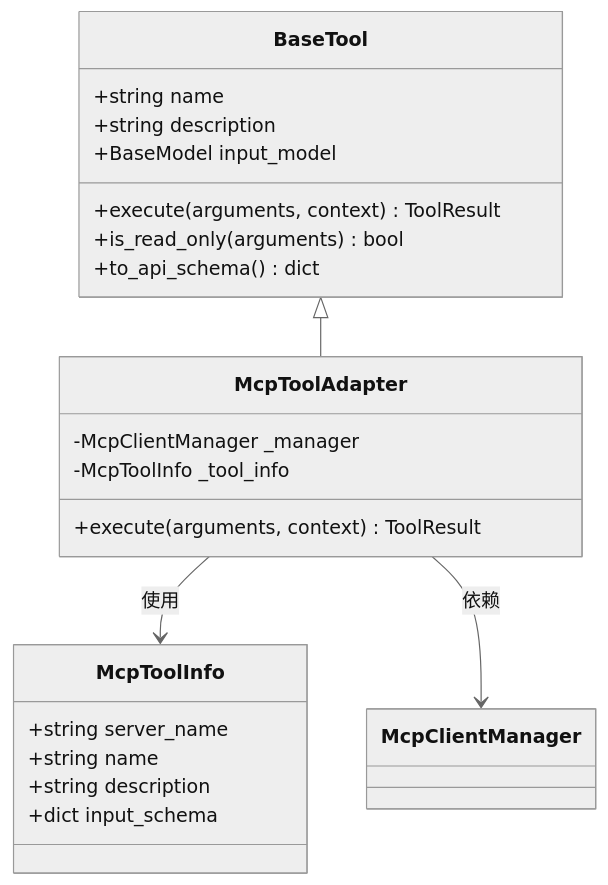
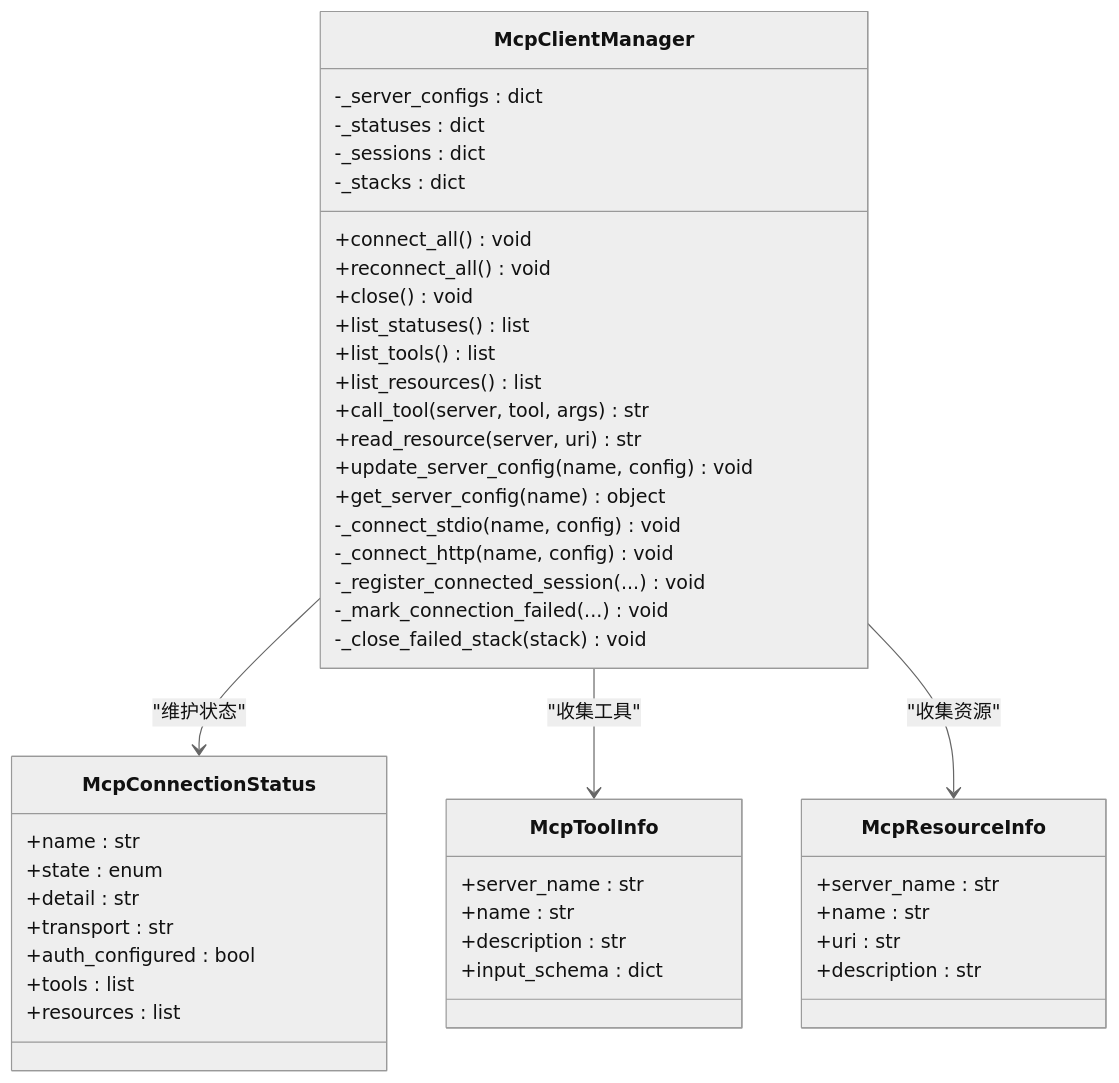
Before and after one commit to haolange/OpenHarness: the third of 7 diagrams in .qoder/repowiki/zh/content/MCP 协议支持/MCP 客户端实现.md, drawn with Mermaid (neutral theme). The commit also changed other lines of this file and 222 other files, not shown here.

````diff
--- a/.qoder/repowiki/zh/content/MCP 协议支持/MCP 客户端实现.md
+++ b/.qoder/repowiki/zh/content/MCP 协议支持/MCP 客户端实现.md
@@ -269,25 +149,48 @@
 ```mermaid
 classDiagram
-class BaseTool {
-+string name
-+string description
-+BaseModel input_model
-+execute(arguments, context) ToolResult
-+is_read_only(arguments) bool
-+to_api_schema() dict
+class McpClientManager {
+-_server_configs : dict
+-_statuses : dict
+-_sessions : dict
+-_stacks : dict
++connect_all() void
++reconnect_all() void
++close() void
++list_statuses() list
++list_tools() list
++list_resources() list
++call_tool(server, tool, args) str
++read_resource(server, uri) str
++update_server_config(name, config) void
++get_server_config(name) object
+-_connect_stdio(name, config) void
+-_connect_http(name, config) void
+-_register_connected_session(...) void
+-_mark_connection_failed(...) void
+-_close_failed_stack(stack) void
 }
-class McpToolAdapter {
--McpClientManager _manager
--McpToolInfo _tool_info
-+execute(arguments, context) ToolResult
+class McpConnectionStatus {
++name : str
++state : enum
++detail : str
++transport : str
++auth_configured : bool
++tools : list
++resources : list
 }
 class McpToolInfo {
-+string server_name
-+string name
-+string description
-+dict input_schema
++server_name : str
++name : str
++description : str
++input_schema : dict
 }
-BaseTool <|-- McpToolAdapter
-McpToolAdapter --> McpToolInfo : 使用
-McpToolAdapter --> McpClientManager : 依赖
+class McpResourceInfo {
++server_name : str
++name : str
++uri : str
++description : str
+}
+McpClientManager --> McpConnectionStatus : "维护状态"
+McpClientManager --> McpToolInfo : "收集工具"
+McpClientManager --> McpResourceInfo : "收集资源"
 ```
````
